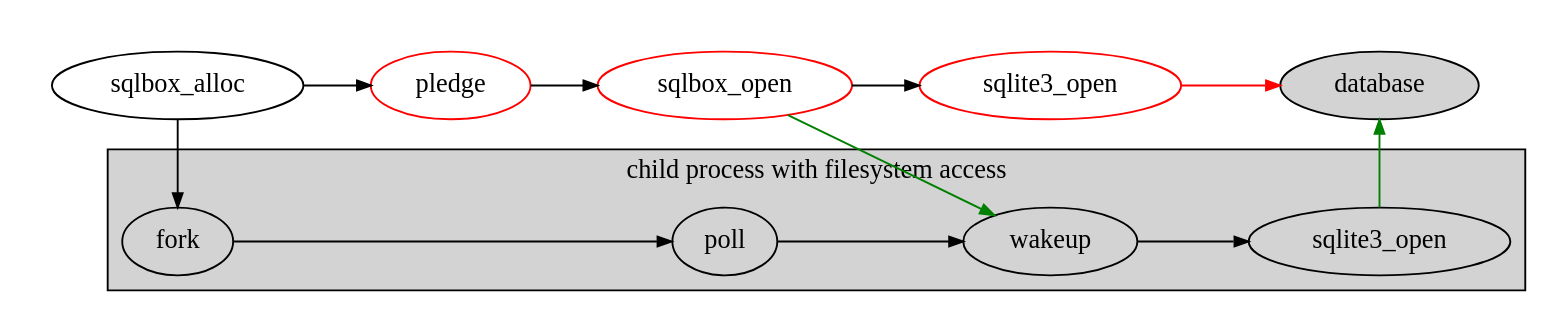
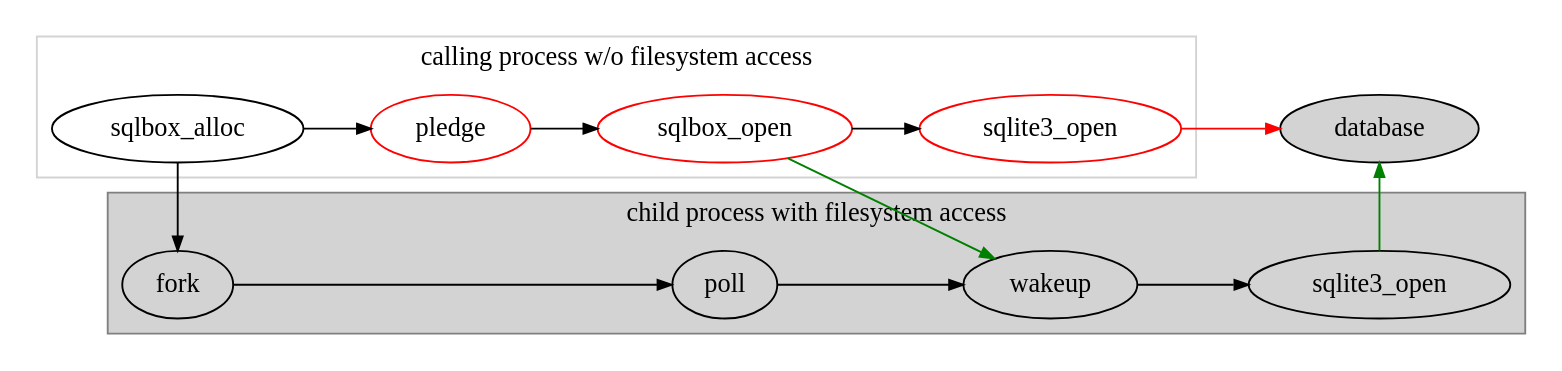
The diagram in index.dot (wangfuli217/sqlbox), drawn with Graphviz before and after one commit. The commit also changed 2 other files, not shown here.

```diff
--- a/index.dot
+++ b/index.dot
@@ -1,35 +1,37 @@
 strict digraph G {
 	splines="line";
 	rankdir="LR";
 	newrank=true;
 	edge[arrowsize=0.75];
 
 	subgraph cluster_1 {
-	  style=invis;
+	  label="calling process w/o filesystem access";
+	  color=lightgrey;
 	  a0[label="sqlbox_alloc"];
 	  a1[label="pledge", color=red];
 	  a2[label="sqlbox_open", color=red];
 	  a3[label="sqlite3_open", color=red]; }
 
 	subgraph cluster_0 {
 	  bgcolor=lightgrey;
+	  color=grey;
 	  label="child process with filesystem access";
 	  node[group=right];
 	  c0[label="fork"];
 	  c1[label="poll"];
 	  c2[label="wakeup"];
 	  c3[label="sqlite3_open"]; }
 
 	db[label="database"; style=filled; bgcolor=lightgrey];
 
 	a0 -> a1 -> a2 -> a3;
 	c0 -> c1 -> c2 -> c3;
 
 	c3 -> db[color=green; constraint=false];
 	a3 -> db[color=red];
 
 	a0 -> c0[constraint=false];
 	a2 -> c2[color=green];
 
 	{ rank=same; a0; c0; }
 }
```
